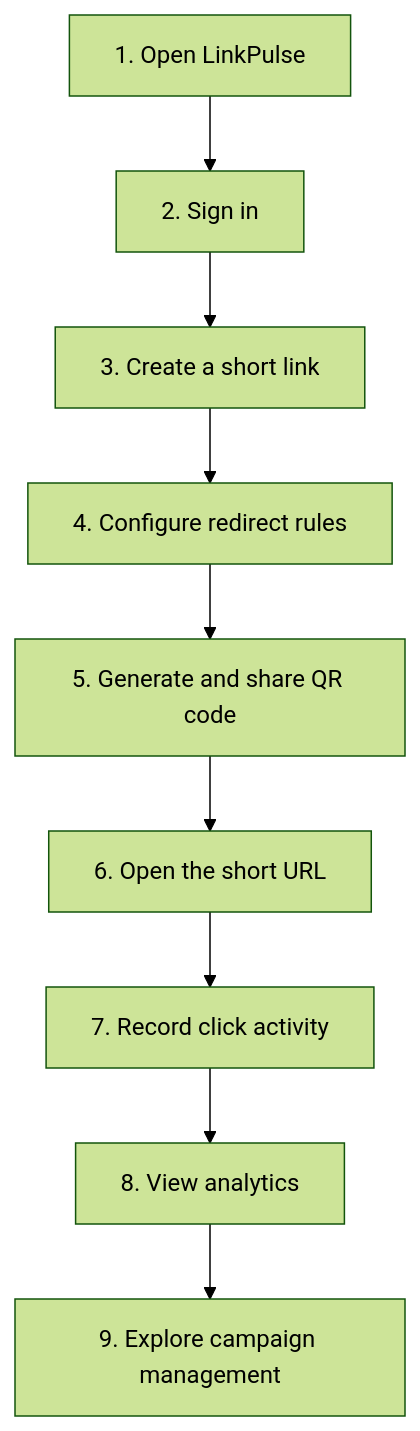
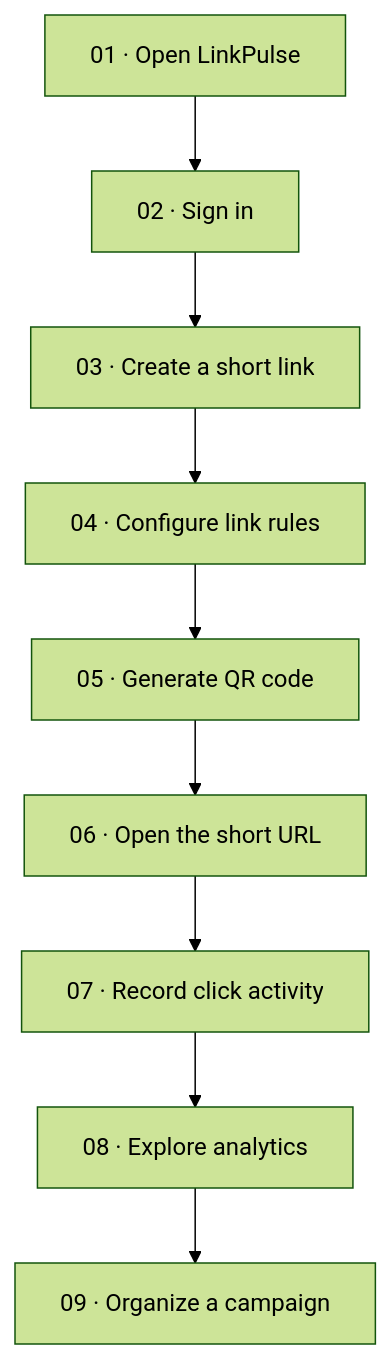
Before and after one commit to SurajRawatr07/LinkPulse: the sixth of 6 diagrams in README.md, drawn with Mermaid (forest theme). The commit also changed other lines of this file, not shown here.

````diff
--- a/README.md
+++ b/README.md
@@ -607,14 +697,14 @@
 ```mermaid
 flowchart TD
-    A["1. Open LinkPulse"]
-    B["2. Sign in"]
-    C["3. Create a short link"]
-    D["4. Configure redirect rules"]
-    E["5. Generate and share QR code"]
-    F["6. Open the short URL"]
-    G["7. Record click activity"]
-    H["8. View analytics"]
-    I["9. Explore campaign management"]
+    A["01 · Open LinkPulse"]
+    B["02 · Sign in"]
+    C["03 · Create a short link"]
+    D["04 · Configure link rules"]
+    E["05 · Generate QR code"]
+    F["06 · Open the short URL"]
+    G["07 · Record click activity"]
+    H["08 · Explore analytics"]
+    I["09 · Organize a campaign"]
 
     A --> B --> C --> D --> E --> F --> G --> H --> I
 ```
````
